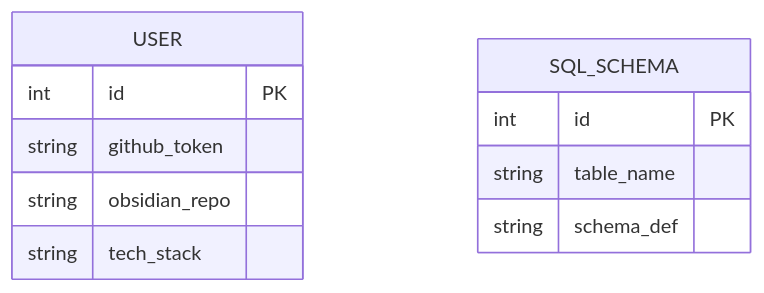
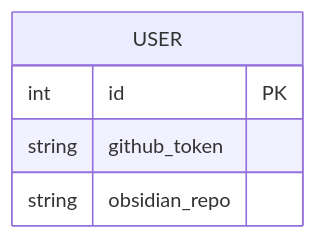
The diagram in docs/tdd.md (DipanshuChoksi/Lucy), drawn with Mermaid before and after one commit. The commit also changed other lines of this file and 18 other files, not shown here.

Commit message:
refactor: replace telegramId with email in user schema, update settings logic, and remove unused LLM/DSA services.

````diff
--- a/docs/tdd.md
+++ b/docs/tdd.md
@@ -21,14 +21,8 @@
 ```mermaid
 erDiagram
     USER {
         int id PK
         string github_token
         string obsidian_repo
-        string tech_stack
-    }
-    SQL_SCHEMA {
-        int id PK
-        string table_name
-        string schema_def
     }
 ```
````
